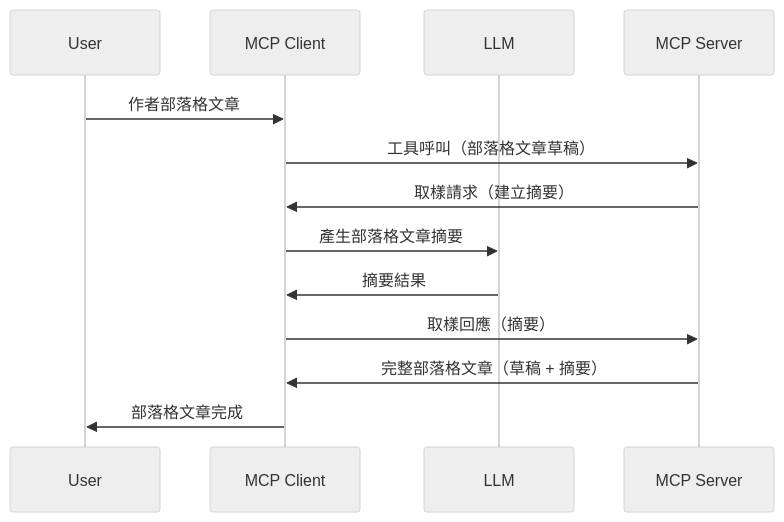
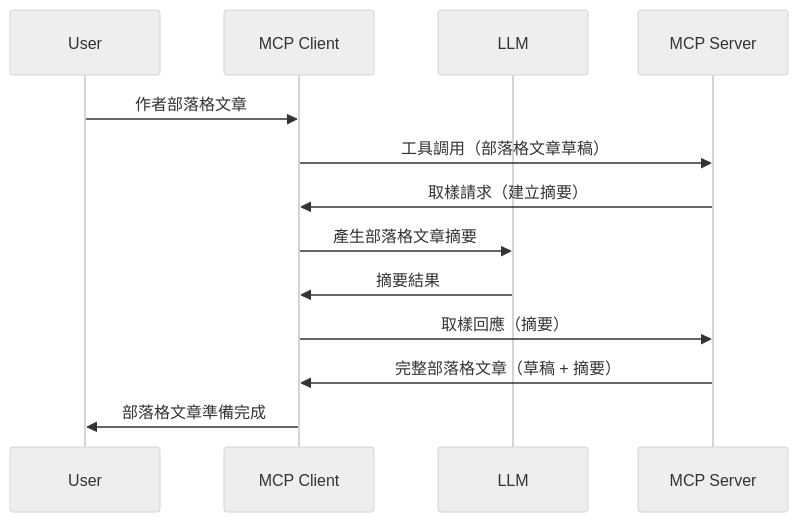
Before and after one commit to HIDORAKAI002/ai-workspace-archive: the diagram in mcp_ecosystem__model_context_protocol/mcp_learning_resources/mcp-for-beginners/translations/zh-TW/03-GettingStarted/14-sampling/README.md, drawn with Mermaid (neutral theme). The commit also changed other lines of this file and 5748 other files, not shown here.

Commit message:
chore(sync): update MCP Python SDK, MCP TypeScript SDK, Supabase MCP, Kubernetes MCP Server, Git MCP, MCP Agent, Awesome ChatGPT Prompts, Langfuse, +62 more

````diff
--- a/mcp_ecosystem__model_context_protocol/mcp_learning_resources/mcp-for-beginners/translations/zh-TW/03-GettingStarted/14-sampling/README.md
+++ b/mcp_ecosystem__model_context_protocol/mcp_learning_resources/mcp-for-beginners/translations/zh-TW/03-GettingStarted/14-sampling/README.md
@@ -25,16 +27,16 @@
 ```mermaid
 sequenceDiagram
     participant User
     participant MCP Client
     participant LLM
     participant MCP Server
 
     User->>MCP Client: 作者部落格文章
-    MCP Client->>MCP Server: 工具呼叫（部落格文章草稿）
+    MCP Client->>MCP Server: 工具調用（部落格文章草稿）
     MCP Server->>MCP Client: 取樣請求（建立摘要）
     MCP Client->>LLM: 產生部落格文章摘要
     LLM->>MCP Client: 摘要結果
     MCP Client->>MCP Server: 取樣回應（摘要）
     MCP Server->>MCP Client: 完整部落格文章（草稿 + 摘要）
-    MCP Client->>User: 部落格文章完成
+    MCP Client->>User: 部落格文章準備完成
 ```
````
